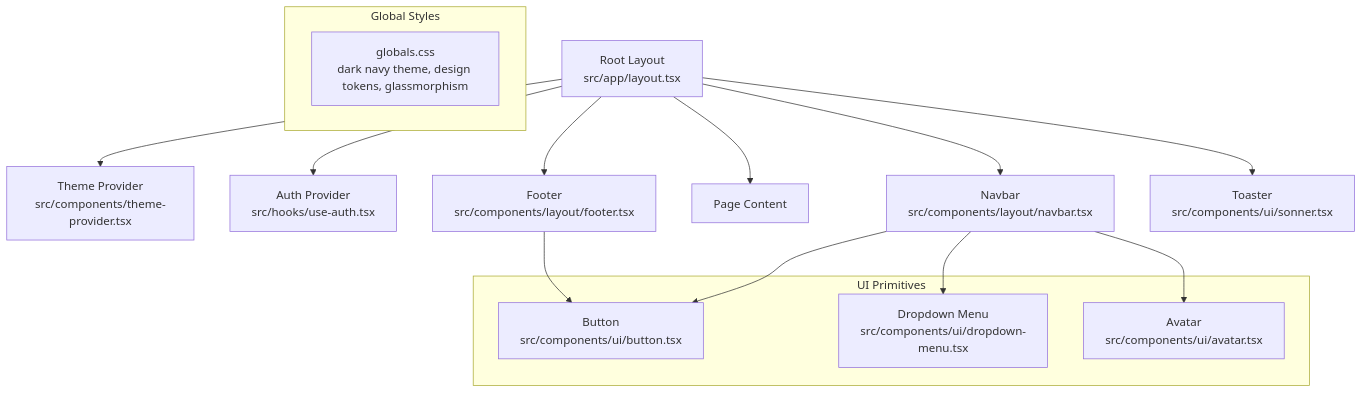
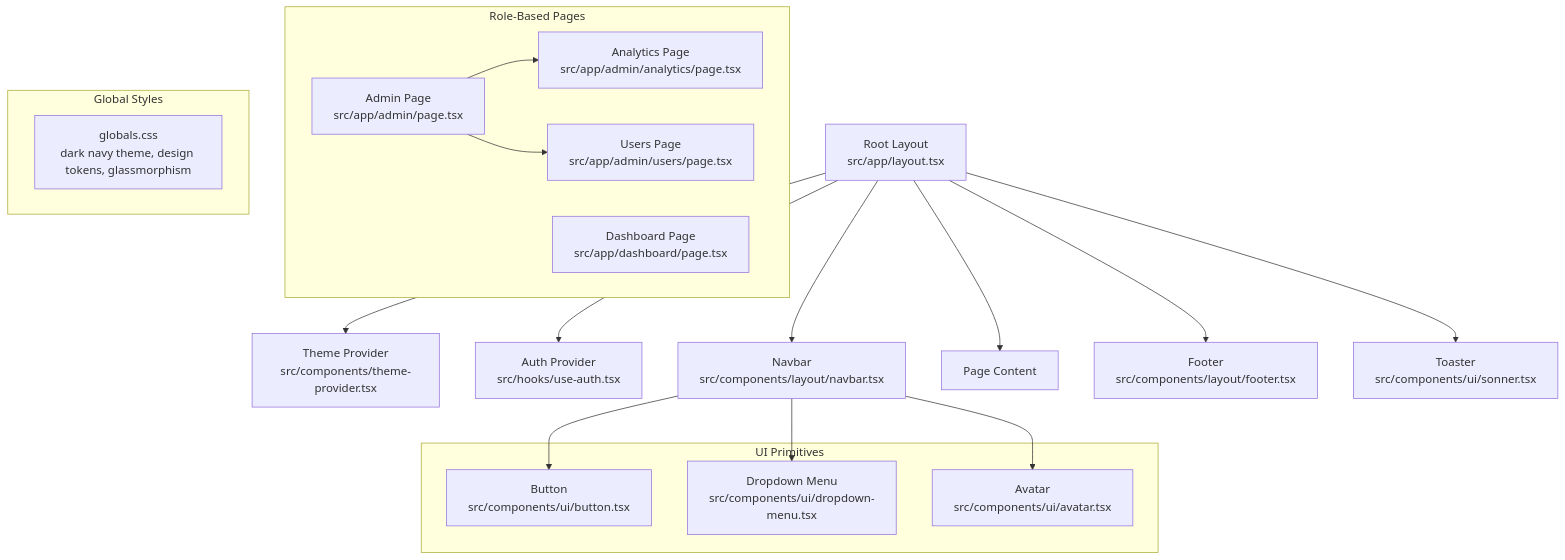
The first of 8 diagrams in .qoder/repowiki/en/content/UI Components/Layout Components.md (alikizang/datafrica), drawn with Mermaid before and after one commit. The commit also changed other lines of this file and 21 other files, not shown here.

````diff
--- a/.qoder/repowiki/en/content/UI Components/Layout Components.md
+++ b/.qoder/repowiki/en/content/UI Components/Layout Components.md
@@ -56,21 +61,28 @@
 ```mermaid
 graph TB
 Root["Root Layout<br/>src/app/layout.tsx"] --> TP["Theme Provider<br/>src/components/theme-provider.tsx"]
 Root --> AP["Auth Provider<br/>src/hooks/use-auth.tsx"]
 Root --> NB["Navbar<br/>src/components/layout/navbar.tsx"]
 Root --> MAIN["Page Content"]
 Root --> FT["Footer<br/>src/components/layout/footer.tsx"]
 Root --> TS["Toaster<br/>src/components/ui/sonner.tsx"]
+subgraph "Role-Based Pages"
+ADMP["Admin Page<br/>src/app/admin/page.tsx"]
+DASH["Dashboard Page<br/>src/app/dashboard/page.tsx"]
+ANAL["Analytics Page<br/>src/app/admin/analytics/page.tsx"]
+USERS["Users Page<br/>src/app/admin/users/page.tsx"]
+end
 subgraph "Global Styles"
 GCSS["globals.css<br/>dark navy theme, design tokens, glassmorphism"]
 end
 subgraph "UI Primitives"
 BTN["Button<br/>src/components/ui/button.tsx"]
 DD["Dropdown Menu<br/>src/components/ui/dropdown-menu.tsx"]
 AV["Avatar<br/>src/components/ui/avatar.tsx"]
 end
 NB --> BTN
 NB --> DD
 NB --> AV
-FT --> BTN
+ADMP --> ANAL
+ADMP --> USERS
 ```
````
